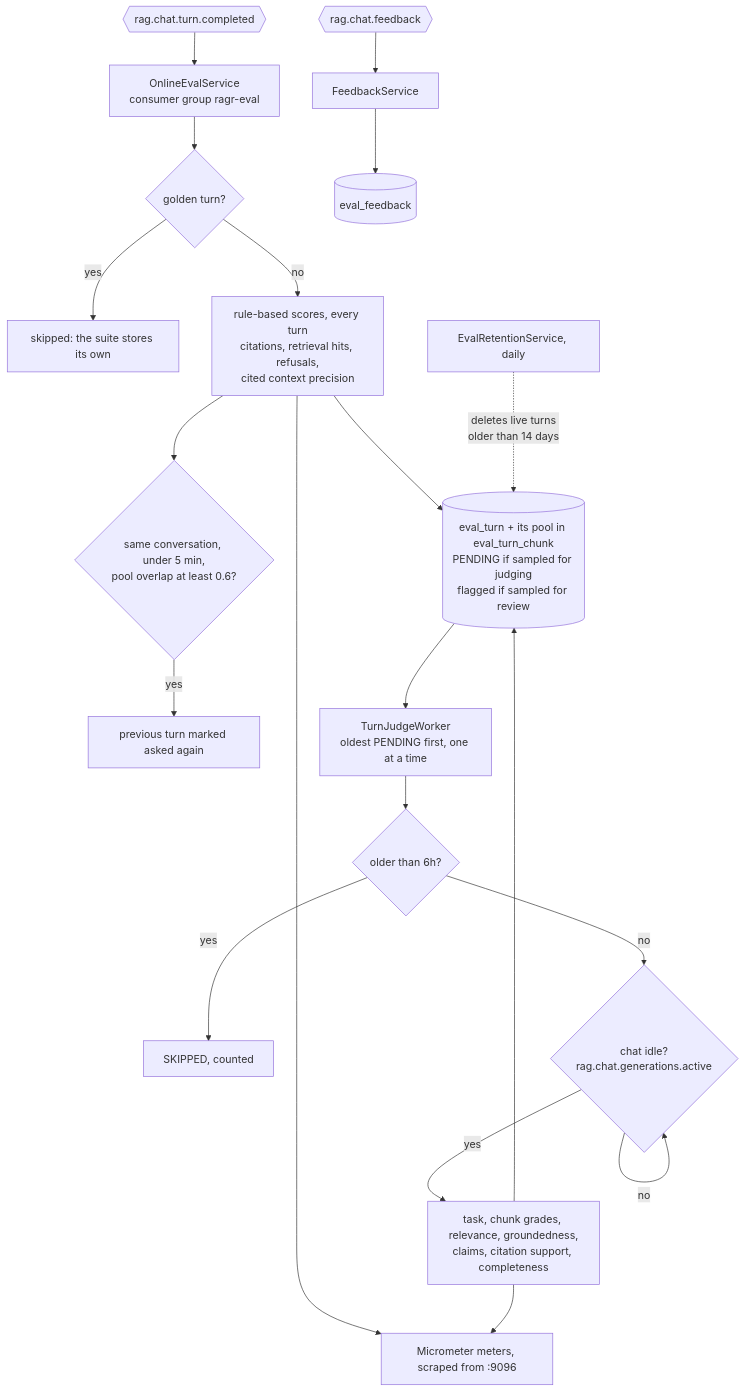
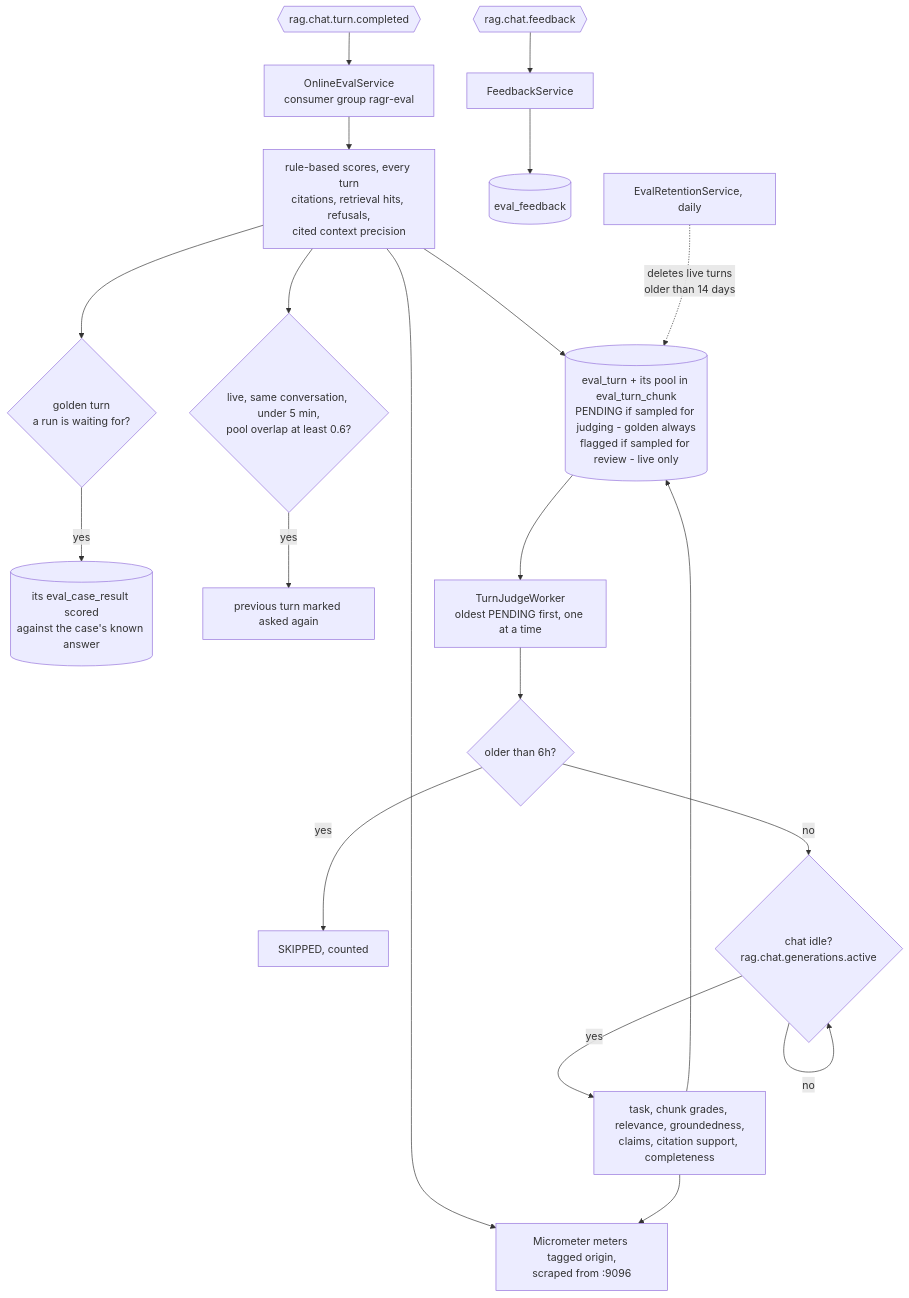
The first of 2 diagrams in ragr-eval/README.md (subhanmishra/spring-ai), drawn with Mermaid before and after one commit. The commit also changed other lines of this file and 2 other files, not shown here.

First line of the commit message:
Document golden runs as an endpoint on the live evaluation path

````diff
--- a/ragr-eval/README.md
+++ b/ragr-eval/README.md
@@ -60,21 +65,21 @@
 ```mermaid
 flowchart TD
     k{{rag.chat.turn.completed}} --> l[OnlineEvalService<br/>consumer group ragr-eval]
-    l --> g{golden turn?}
-    g -- yes --> skip[skipped: the suite stores its own]
-    g -- no --> det[rule-based scores, every turn<br/>citations, retrieval hits, refusals,<br/>cited context precision]
-    det --> m[Micrometer meters, scraped from :9096]
-    det --> row[(eval_turn + its pool in eval_turn_chunk<br/>PENDING if sampled for judging<br/>flagged if sampled for review)]
-    det --> re{same conversation, under 5 min,<br/>pool overlap at least 0.6?}
+    l --> det[rule-based scores, every turn<br/>citations, retrieval hits, refusals,<br/>cited context precision]
+    det --> m[Micrometer meters tagged origin,<br/>scraped from :9096]
+    det --> row[(eval_turn + its pool in eval_turn_chunk<br/>PENDING if sampled for judging - golden always<br/>flagged if sampled for review - live only)]
+    det --> g{golden turn<br/>a run is waiting for?}
+    g -- yes --> case[(its eval_case_result scored<br/>against the case's known answer)]
+    det --> re{live, same conversation, under 5 min,<br/>pool overlap at least 0.6?}
     re -- yes --> asked[previous turn marked asked again]
     row --> w[TurnJudgeWorker<br/>oldest PENDING first, one at a time]
     w --> old{older than 6h?}
     old -- yes --> skipped[SKIPPED, counted]
     old -- no --> gate{chat idle?<br/>rag.chat.generations.active}
     gate -- no --> gate
     gate -- yes --> j[task, chunk grades, relevance, groundedness,<br/>claims, citation support, completeness]
     j --> row
     j --> m
     f{{rag.chat.feedback}} --> fb[FeedbackService] --> fr[(eval_feedback)]
     purge[EvalRetentionService, daily] -. deletes live turns<br/>older than 14 days .-> row
 ```
````
